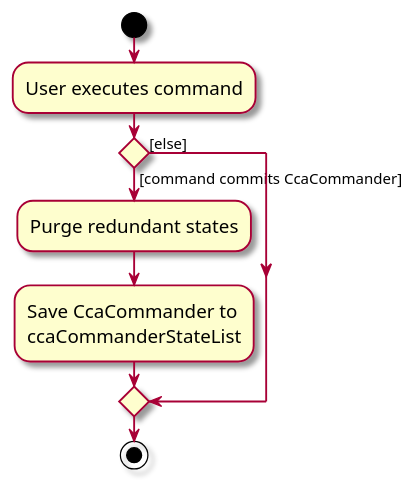
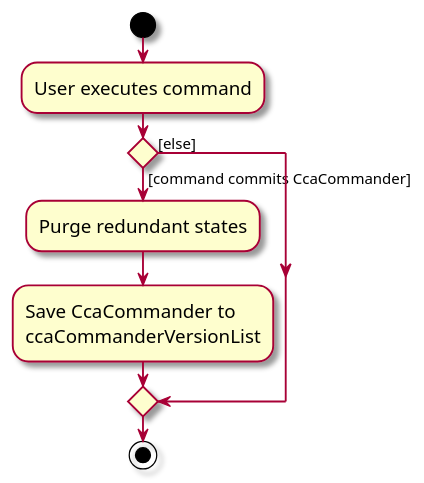
One commit to nus-cs2103-AY2324S1/tp changed the diagram in docs/diagrams/CommitActivityDiagram.puml. Above: the diagram before and after it, drawn with PlantUML. The commit also changed 26 other files, not shown here.

```diff
--- a/docs/diagrams/CommitActivityDiagram.puml
+++ b/docs/diagrams/CommitActivityDiagram.puml
@@ -1,18 +1,18 @@
 @startuml
 skin rose
 skinparam ActivityFontSize 15
 skinparam ArrowFontSize 12
 start
 :User executes command;
 
 'Since the beta syntax does not support placing the condition outside the
 'diamond we place it as the true branch instead.
 
 if () then ([command commits CcaCommander])
     :Purge redundant states;
     :Save CcaCommander to
-    ccaCommanderStateList;
+    ccaCommanderVersionList;
 else ([else])
 endif
 stop
 @enduml
```
